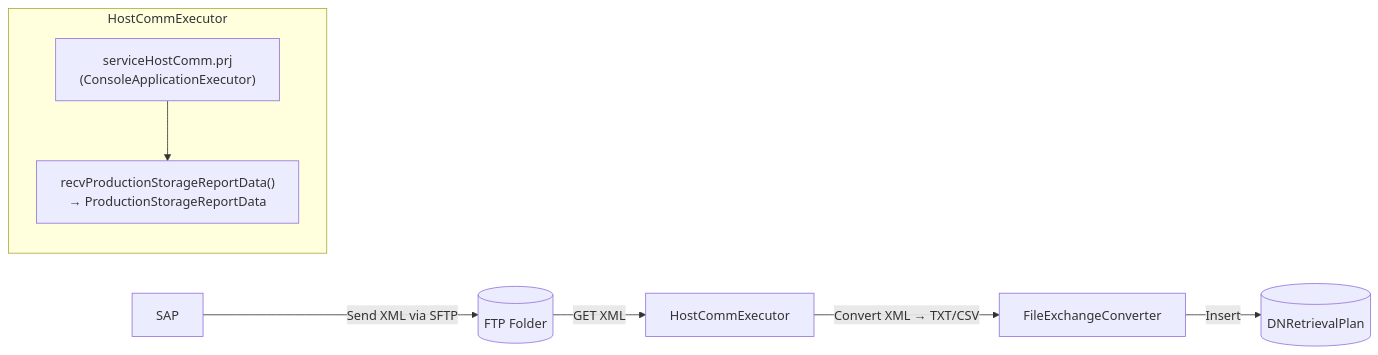
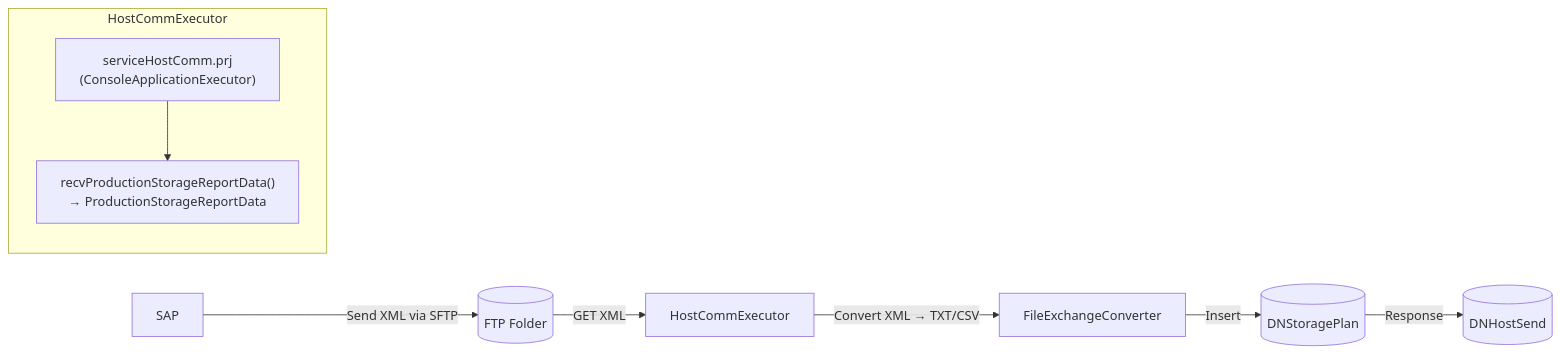
The second of 2 diagrams in Basic-Design/Host-Interfaces/Production-Storage-Result.md (luthfiadityaa/SimeDarby-Wiki), drawn with Mermaid before and after one commit. The commit also changed other lines of this file, not shown here.

```diff
--- a/Basic-Design/Host-Interfaces/Production-Storage-Result.md
+++ b/Basic-Design/Host-Interfaces/Production-Storage-Result.md
@@ -27,13 +27,14 @@
 ::: mermaid
 flowchart LR
     A[SAP] -->|Send XML via SFTP| B[(FTP Folder)]
     B -->|GET XML| C[HostCommExecutor]
     C -->|Convert XML → TXT/CSV| D[FileExchangeConverter]
-    D -->|Insert| E[(DNRetrievalPlan)]
+    D -->|Insert| E[(DNStoragePlan)]
+    E -->|Response| F[(DNHostSend)]
 
     subgraph HostCommExecutor
         C1["serviceHostComm.prj<br>(ConsoleApplicationExecutor)"]
         C2["recvProductionStorageReportData()<br>→ ProductionStorageReportData"]
         C1 --> C2
     end
 :::
```
